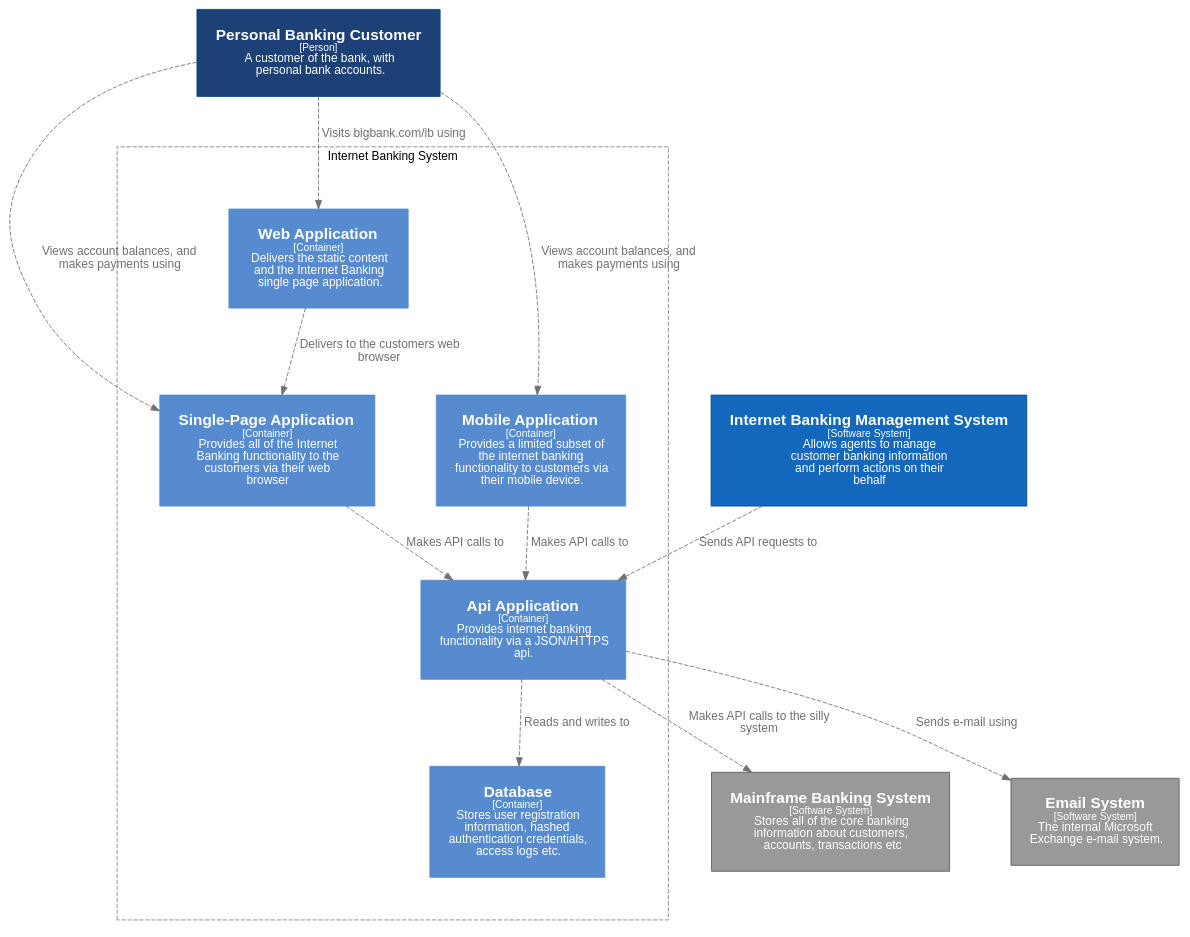
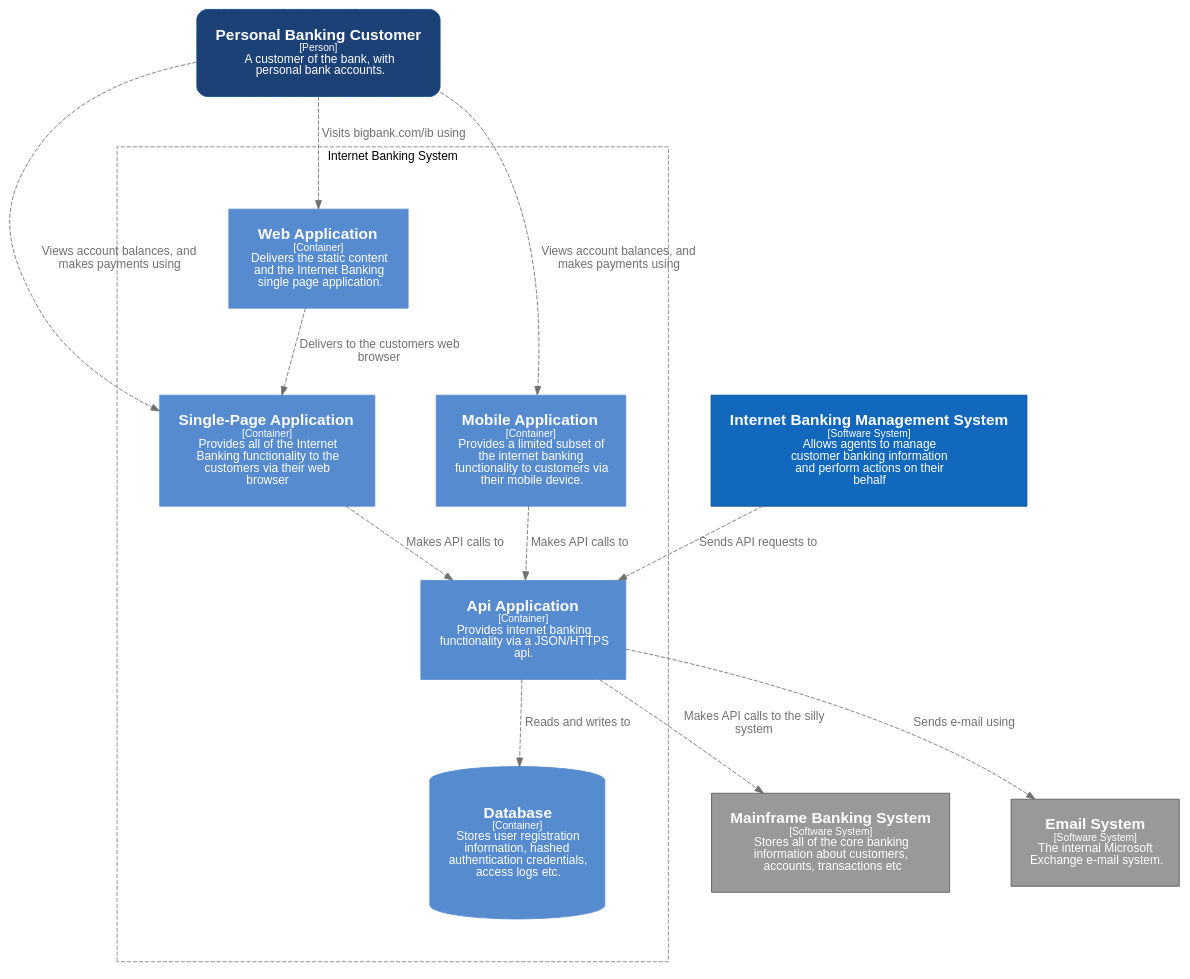
The diagram in packages/graphviz/src/__stubs__/internetBankingSystem.c2.dot (c4mjs/c4mjs), drawn with Graphviz before and after one commit. The commit also changed 11 other files, not shown here.

```diff
--- a/packages/graphviz/src/__stubs__/internetBankingSystem.c2.dot
+++ b/packages/graphviz/src/__stubs__/internetBankingSystem.c2.dot
@@ -1,108 +1,108 @@
 digraph {
     compound=true
     graph [fontname="Arial", rankdir=TB, ranksep=1.0, nodesep=1.0]
     node [fontname="Arial", shape=box, margin="0.3,0.3"]
     edge [fontname="Arial"]
 
     subgraph cluster_internetBankingSystem {
         label = "Internet Banking System"
         style = "dashed"
         color = "grey"
         margin="50,50"
         
-        apiApp [
-        id="apiApp",
-        shape="rect",
+        internetBanking__internetBankingSystem__apiApp [
+        id="internetBanking__internetBankingSystem__apiApp",
+        shape="rectangle",
         label=<<font point-size="18"><b>Api Application</b></font><br /><font point-size="12">[Container]</font><br /><font point-size="14">  Provides internet banking <br />functionality via a JSON/HTTPS <br />api.</font>>,
         style="filled",
         color="#568BCF",
         fillcolor="#568BCF",
         fontcolor="#ffffff"
     ]
-singlePageApp [
-        id="singlePageApp",
-        shape="rect",
+internetBanking__internetBankingSystem__singlePageApp [
+        id="internetBanking__internetBankingSystem__singlePageApp",
+        shape="rectangle",
         label=<<font point-size="18"><b>Single-Page Application</b></font><br /><font point-size="12">[Container]</font><br /><font point-size="14">  Provides all of the Internet <br />Banking functionality to the <br />customers via their web <br />browser</font>>,
         style="filled",
         color="#568BCF",
         fillcolor="#568BCF",
         fontcolor="#ffffff"
     ]
-mobileApp [
-        id="mobileApp",
-        shape="rect",
+internetBanking__internetBankingSystem__mobileApp [
+        id="internetBanking__internetBankingSystem__mobileApp",
+        shape="rectangle",
         label=<<font point-size="18"><b>Mobile Application</b></font><br /><font point-size="12">[Container]</font><br /><font point-size="14">  Provides a limited subset of <br />the internet banking <br />functionality to customers via <br />their mobile device.</font>>,
         style="filled",
         color="#568BCF",
         fillcolor="#568BCF",
         fontcolor="#ffffff"
     ]
-webApp [
-        id="webApp",
-        shape="rect",
+internetBanking__internetBankingSystem__webApp [
+        id="internetBanking__internetBankingSystem__webApp",
+        shape="rectangle",
         label=<<font point-size="18"><b>Web Application</b></font><br /><font point-size="12">[Container]</font><br /><font point-size="14">  Delivers the static content <br />and the Internet Banking <br />single page application.</font>>,
         style="filled",
         color="#568BCF",
         fillcolor="#568BCF",
         fontcolor="#ffffff"
     ]
-database [
-        id="database",
-        shape="rect",
+internetBanking__internetBankingSystem__database [
+        id="internetBanking__internetBankingSystem__database",
+        shape="cylinder",
         label=<<font point-size="18"><b>Database</b></font><br /><font point-size="12">[Container]</font><br /><font point-size="14">  Stores user registration <br />information, hashed <br />authentication credentials, <br />access logs etc.</font>>,
         style="filled",
         color="#568BCF",
         fillcolor="#568BCF",
         fontcolor="#ffffff"
     ]
         
     }
 
-internetBankingManagementSystem [
-        id="internetBankingManagementSystem",
-        shape="rect",
+internetBankingAgent__internetBankingManagementSystem [
+        id="internetBankingAgent__internetBankingManagementSystem",
+        shape="rectangle",
         label=<<font point-size="18"><b>Internet Banking Management System</b></font><br /><font point-size="12">[Software System]</font><br /><font point-size="14">  Allows agents to manage <br />customer banking information <br />and perform actions on their <br />behalf</font>>,
         style="filled",
         color="#0b4884",
         fillcolor="#1168bd",
         fontcolor="#ffffff"
     ]
-customer [
-        id="customer",
-        shape="rect",
+internetBanking__customer [
+        id="internetBanking__customer",
+        shape="rectangle",
         label=<<font point-size="18"><b>Personal Banking Customer</b></font><br /><font point-size="12">[Person]</font><br /><font point-size="14">  A customer of the bank, with <br />personal bank accounts.</font>>,
-        style="filled",
+        style="filled,rounded",
         color="#0b4884",
         fillcolor="#1C4177",
         fontcolor="#ffffff"
     ]
-mainframeBankingSystem [
-        id="mainframeBankingSystem",
-        shape="rect",
+internetBanking__mainframeBankingSystem [
+        id="internetBanking__mainframeBankingSystem",
+        shape="rectangle",
         label=<<font point-size="18"><b>Mainframe Banking System</b></font><br /><font point-size="12">[Software System]</font><br /><font point-size="14">  Stores all of the core banking <br />information about customers, <br />accounts, transactions etc</font>>,
         style="filled",
         color="#5a5a5a",
         fillcolor="#999999",
         fontcolor="#ffffff"
     ]
-emailSystem [
-        id="emailSystem",
-        shape="rect",
+internetBanking__emailSystem [
+        id="internetBanking__emailSystem",
+        shape="rectangle",
         label=<<font point-size="18"><b>Email System</b></font><br /><font point-size="12">[Software System]</font><br /><font point-size="14">  The internal Microsoft <br />Exchange e-mail system.</font>>,
         style="filled",
         color="#5a5a5a",
         fillcolor="#999999",
         fontcolor="#ffffff"
     ]
-internetBankingManagementSystem -> apiApp [ id="100001", label=<<font point-size="14">  Sends API requests to</font>>, style="dashed", color="#707070", fontcolor="#707070" ]
-customer -> singlePageApp [ id="100006", label=<<font point-size="14">  Views account balances, and <br />makes payments using</font>>, style="dashed", color="#707070", fontcolor="#707070" ]
-customer -> mobileApp [ id="100007", label=<<font point-size="14">  Views account balances, and <br />makes payments using</font>>, style="dashed", color="#707070", fontcolor="#707070" ]
-mobileApp -> apiApp [ id="100009", label=<<font point-size="14">  Makes API calls to</font>>, style="dashed", color="#707070", fontcolor="#707070" ]
-apiApp -> mainframeBankingSystem [ id="100011", label=<<font point-size="14">  Makes API calls to the silly <br />system</font>>, style="dashed", color="#707070", fontcolor="#707070" ]
-webApp -> singlePageApp [ id="100012", label=<<font point-size="14">  Delivers to the customers web <br />browser</font>>, style="dashed", color="#707070", fontcolor="#707070" ]
-singlePageApp -> apiApp [ id="100013", label=<<font point-size="14">  Makes API calls to</font>>, style="dashed", color="#707070", fontcolor="#707070" ]
-customer -> webApp [ id="100014", label=<<font point-size="14">  Visits bigbank.com/ib using</font>>, style="dashed", color="#707070", fontcolor="#707070" ]
-apiApp -> emailSystem [ id="100015", label=<<font point-size="14">  Sends e-mail using</font>>, style="dashed", color="#707070", fontcolor="#707070" ]
-apiApp -> database [ id="100017", label=<<font point-size="14">  Reads and writes to</font>>, style="dashed", color="#707070", fontcolor="#707070" ]
+internetBankingAgent__internetBankingManagementSystem -> internetBanking__internetBankingSystem__apiApp [ id="100001", label=<<font point-size="14">  Sends API requests to</font>>, style="dashed", color="#707070", fontcolor="#707070" ]
+internetBanking__customer -> internetBanking__internetBankingSystem__singlePageApp [ id="100006", label=<<font point-size="14">  Views account balances, and <br />makes payments using</font>>, style="dashed", color="#707070", fontcolor="#707070" ]
+internetBanking__customer -> internetBanking__internetBankingSystem__mobileApp [ id="100007", label=<<font point-size="14">  Views account balances, and <br />makes payments using</font>>, style="dashed", color="#707070", fontcolor="#707070" ]
+internetBanking__internetBankingSystem__mobileApp -> internetBanking__internetBankingSystem__apiApp [ id="100009", label=<<font point-size="14">  Makes API calls to</font>>, style="dashed", color="#707070", fontcolor="#707070" ]
+internetBanking__internetBankingSystem__apiApp -> internetBanking__mainframeBankingSystem [ id="100011", label=<<font point-size="14">  Makes API calls to the silly <br />system</font>>, style="dashed", color="#707070", fontcolor="#707070" ]
+internetBanking__internetBankingSystem__webApp -> internetBanking__internetBankingSystem__singlePageApp [ id="100012", label=<<font point-size="14">  Delivers to the customers web <br />browser</font>>, style="dashed", color="#707070", fontcolor="#707070" ]
+internetBanking__internetBankingSystem__singlePageApp -> internetBanking__internetBankingSystem__apiApp [ id="100013", label=<<font point-size="14">  Makes API calls to</font>>, style="dashed", color="#707070", fontcolor="#707070" ]
+internetBanking__customer -> internetBanking__internetBankingSystem__webApp [ id="100014", label=<<font point-size="14">  Visits bigbank.com/ib using</font>>, style="dashed", color="#707070", fontcolor="#707070" ]
+internetBanking__internetBankingSystem__apiApp -> internetBanking__emailSystem [ id="100015", label=<<font point-size="14">  Sends e-mail using</font>>, style="dashed", color="#707070", fontcolor="#707070" ]
+internetBanking__internetBankingSystem__apiApp -> internetBanking__internetBankingSystem__database [ id="100017", label=<<font point-size="14">  Reads and writes to</font>>, style="dashed", color="#707070", fontcolor="#707070" ]
      
 }
```
